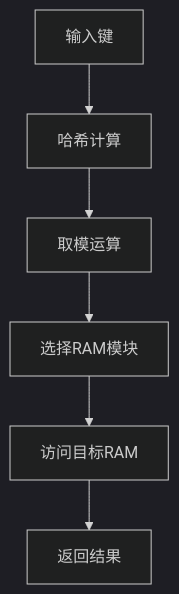
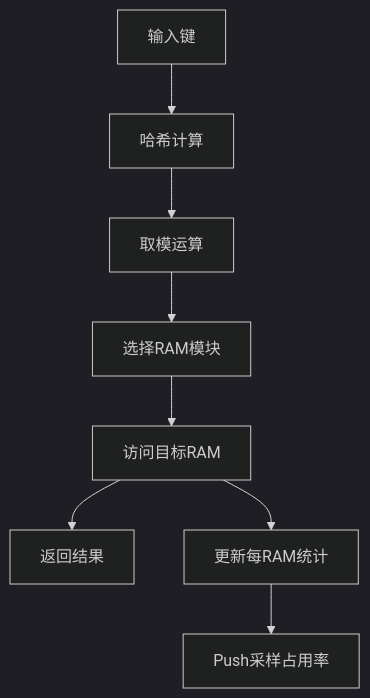
Before and after one commit to jiangjiang1122/iommu_model_20260401_v1: the ninth of 16 diagrams in .qoder/repowiki/zh/content/缓存系统/Dedup缓存（去重缓存）.md, drawn with Mermaid (dark theme). The commit also changed other lines of this file and 55 other files, not shown here.

````diff
--- a/.qoder/repowiki/zh/content/缓存系统/Dedup缓存（去重缓存）.md
+++ b/.qoder/repowiki/zh/content/缓存系统/Dedup缓存（去重缓存）.md
@@ -642,8 +801,10 @@
 ```mermaid
 flowchart TD
 KEY["输入键"] --> HASH["哈希计算"]
 HASH --> MOD["取模运算"]
 MOD --> SELECT["选择RAM模块"]
 SELECT --> ACCESS["访问目标RAM"]
 ACCESS --> RESULT["返回结果"]
+ACCESS --> STAT["更新每RAM统计"]
+STAT --> SAMPLE["Push采样占用率"]
 ```
````
